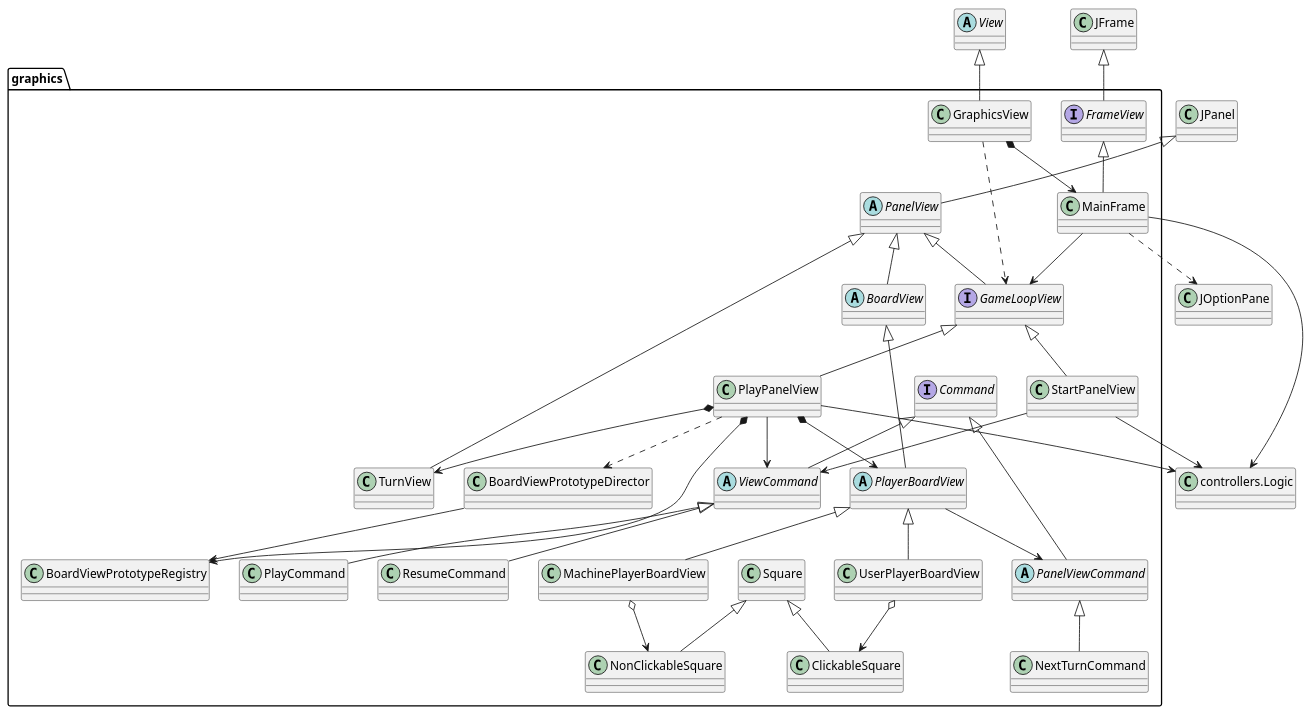
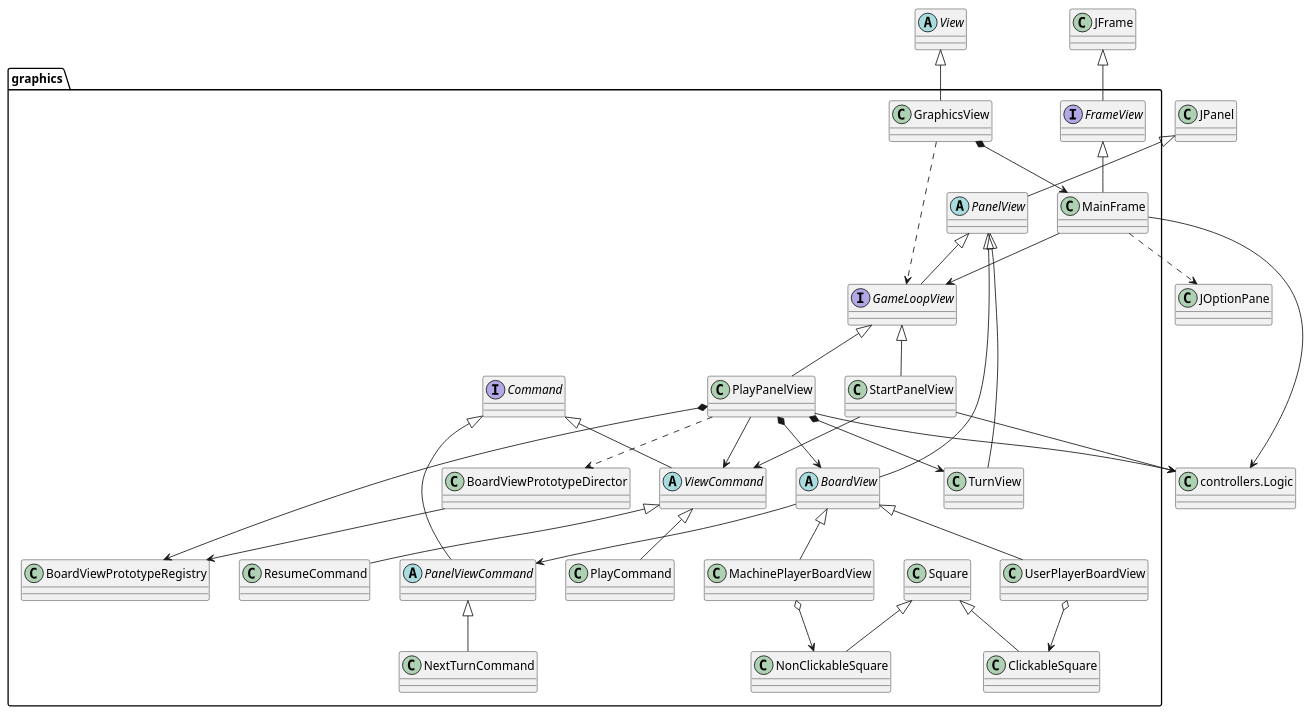
The diagram in connect4/Docs/diagrams/src/packages/connect4.connect4.views.graphics.plantuml (js-rom/connect4), drawn with PlantUML before and after one commit. The commit also changed 6 other files, not shown here.

```diff
--- a/connect4/Docs/diagrams/src/packages/connect4.connect4.views.graphics.plantuml
+++ b/connect4/Docs/diagrams/src/packages/connect4.connect4.views.graphics.plantuml
@@ -1,83 +1,83 @@
 @startuml connect4.connect4.views.graphics
 interface graphics.FrameView
 class graphics.MainFrame
 interface graphics.GameLoopView
 abstract class graphics.BoardView
 class graphics.BoardViewPrototypeDirector
 class graphics.BoardViewPrototypeRegistry
 interface graphics.Command
 abstract class graphics.PanelViewCommand
 abstract class graphics.ViewCommand
 class graphics.GraphicsView
 class graphics.MachinePlayerBoardView
 class graphics.NextTurnCommand
 class graphics.PlayCommand
 class graphics.PlayPanelView
 class graphics.ResumeCommand
 class graphics.Square
 class graphics.ClickableSquare
 class graphics.NonClickableSquare
 class graphics.StartPanelView
 class graphics.TurnView
 class graphics.UserPlayerBoardView
 abstract class graphics.PanelView
-abstract class graphics.PlayerBoardView
+
 
 class JFrame
 JFrame <|-- FrameView
 FrameView <|-- MainFrame
 GraphicsView *--> MainFrame
 
 class Logic as "controllers.Logic"
 MainFrame --> Logic
 
 class Logic as "controllers.\nLogic"
 
 StartPanelView --> Logic
 
 class Logic as "controllers.\nLogic"
 
 PlayPanelView --> Logic
 
 abstract class View
 View <|-- GraphicsView
 
 class JOptionPane
 MainFrame ..> JOptionPane
 
 JPanel <|-- PanelView
 PanelView <|-- GameLoopView
 GameLoopView <|-- StartPanelView
 GameLoopView <|-- PlayPanelView
 PanelView <|-- BoardView
 PanelView <|-- TurnView
 
 GraphicsView ..> GameLoopView
 MainFrame --> GameLoopView
 
-PlayPanelView *--> PlayerBoardView
+PlayPanelView *--> BoardView
 PlayPanelView *--> TurnView
 PlayPanelView *--> BoardViewPrototypeRegistry
 PlayPanelView ..> BoardViewPrototypeDirector
 BoardViewPrototypeDirector --> BoardViewPrototypeRegistry
 
 StartPanelView --> ViewCommand
 PlayPanelView --> ViewCommand
 
 Command <|-- PanelViewCommand
 PanelViewCommand <|-- NextTurnCommand
 Command <|-- ViewCommand
 ViewCommand <|-- PlayCommand
 ViewCommand <|-- ResumeCommand
 
-BoardView <|-- PlayerBoardView
-PlayerBoardView <|-- MachinePlayerBoardView
-PlayerBoardView <|-- UserPlayerBoardView
+
+BoardView <|-- MachinePlayerBoardView
+BoardView <|-- UserPlayerBoardView
 MachinePlayerBoardView o--> NonClickableSquare
 UserPlayerBoardView o--> ClickableSquare
 Square <|-- ClickableSquare
 Square <|-- NonClickableSquare
 
-PlayerBoardView --> PanelViewCommand
+BoardView --> PanelViewCommand
 
 @enduml
```
